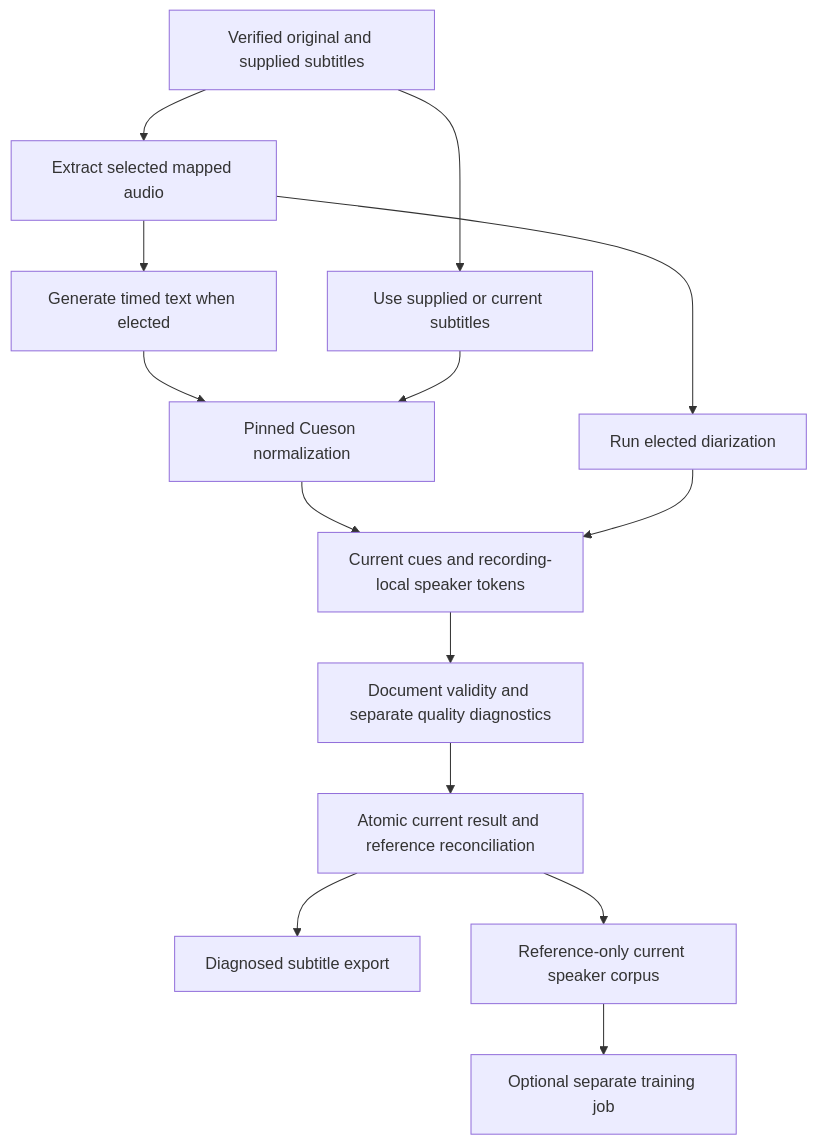
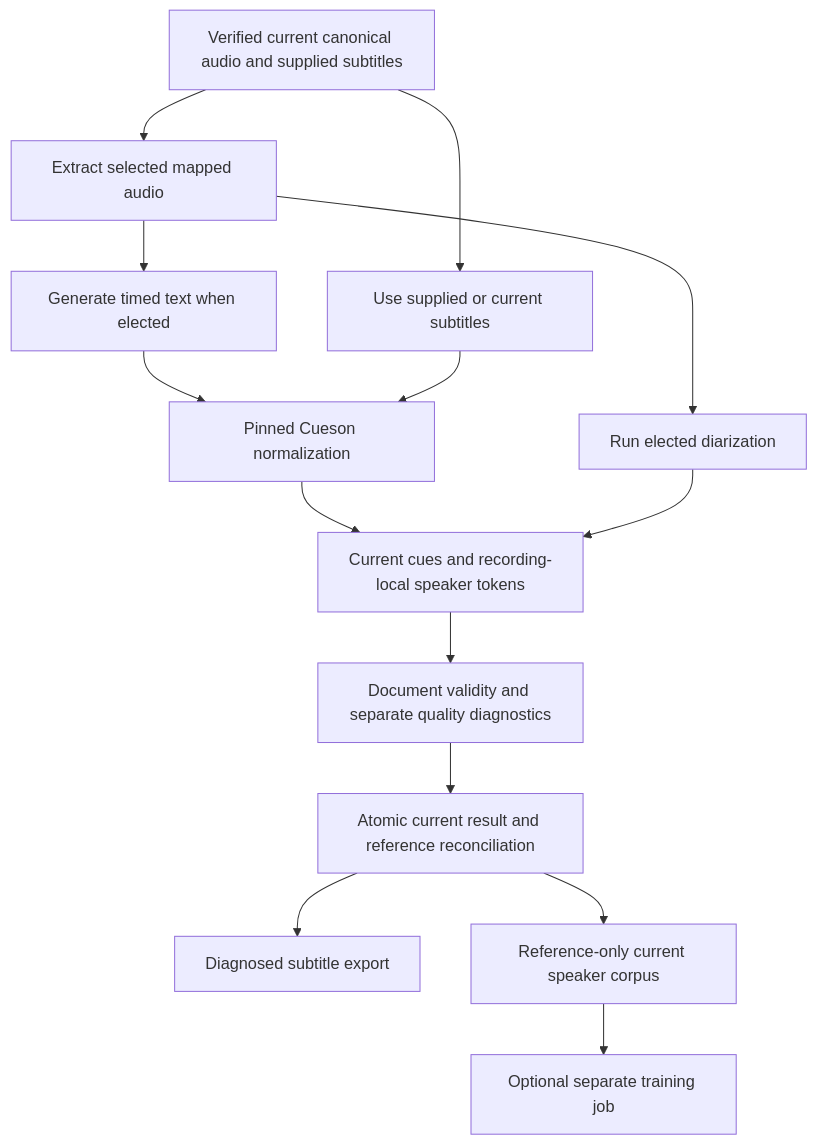
One commit to shruggietech/insonic changed the first of 2 diagrams in docs/v0.0.0/pipelines.md. Above: the diagram before and after it, drawn with Mermaid. The commit also changed other lines of this file and 98 other files, not shown here.

````diff
--- a/docs/v0.0.0/pipelines.md
+++ b/docs/v0.0.0/pipelines.md
@@ -9,16 +9,16 @@
 ```mermaid
 flowchart TB
-  Input[Verified original and supplied subtitles] --> Audio[Extract selected mapped audio]
+  Input[Verified current canonical audio and supplied subtitles] --> Audio[Extract selected mapped audio]
   Audio --> Recognition[Generate timed text when elected]
   Input --> Supplied[Use supplied or current subtitles]
   Recognition --> Normalize[Pinned Cueson normalization]
   Supplied --> Normalize
   Audio --> Voices[Run elected diarization]
   Normalize --> Assemble[Current cues and recording-local speaker tokens]
   Voices --> Assemble
   Assemble --> Validate[Document validity and separate quality diagnostics]
   Validate --> Current[Atomic current result and reference reconciliation]
   Current --> Export[Diagnosed subtitle export]
   Current --> Corpus[Reference-only current speaker corpus]
   Corpus --> Training[Optional separate training job]
 ```
````
